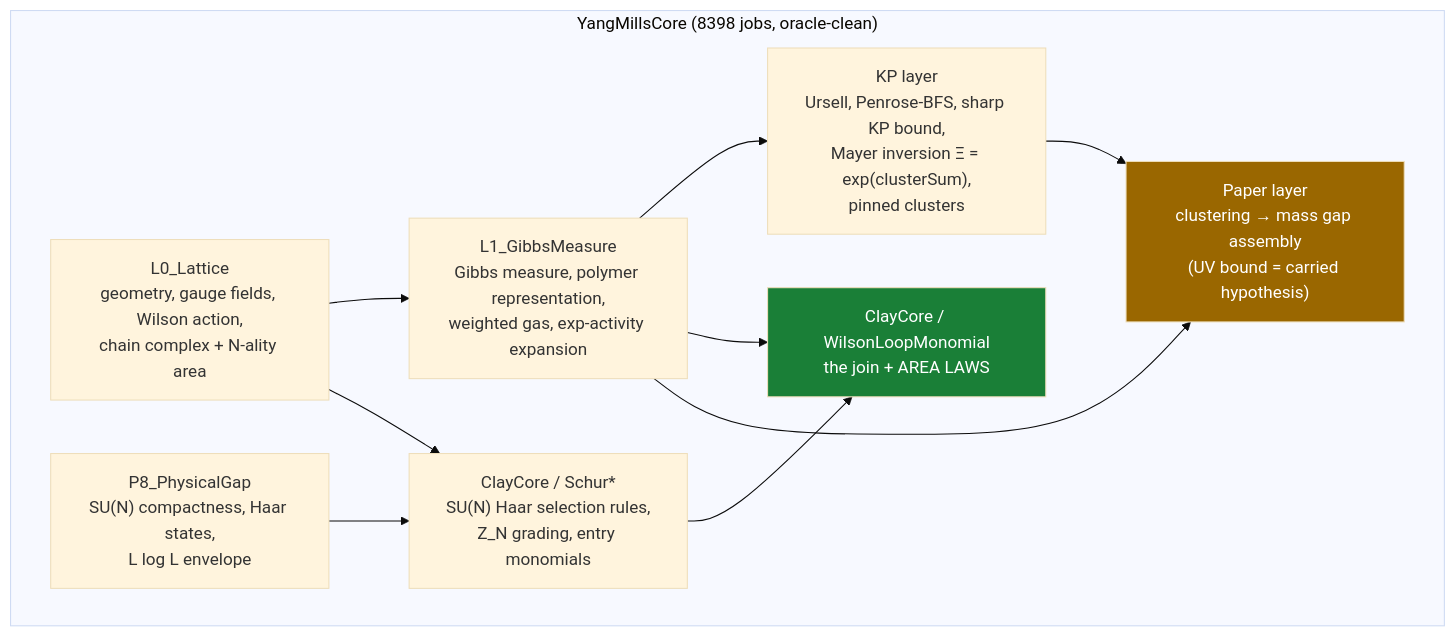
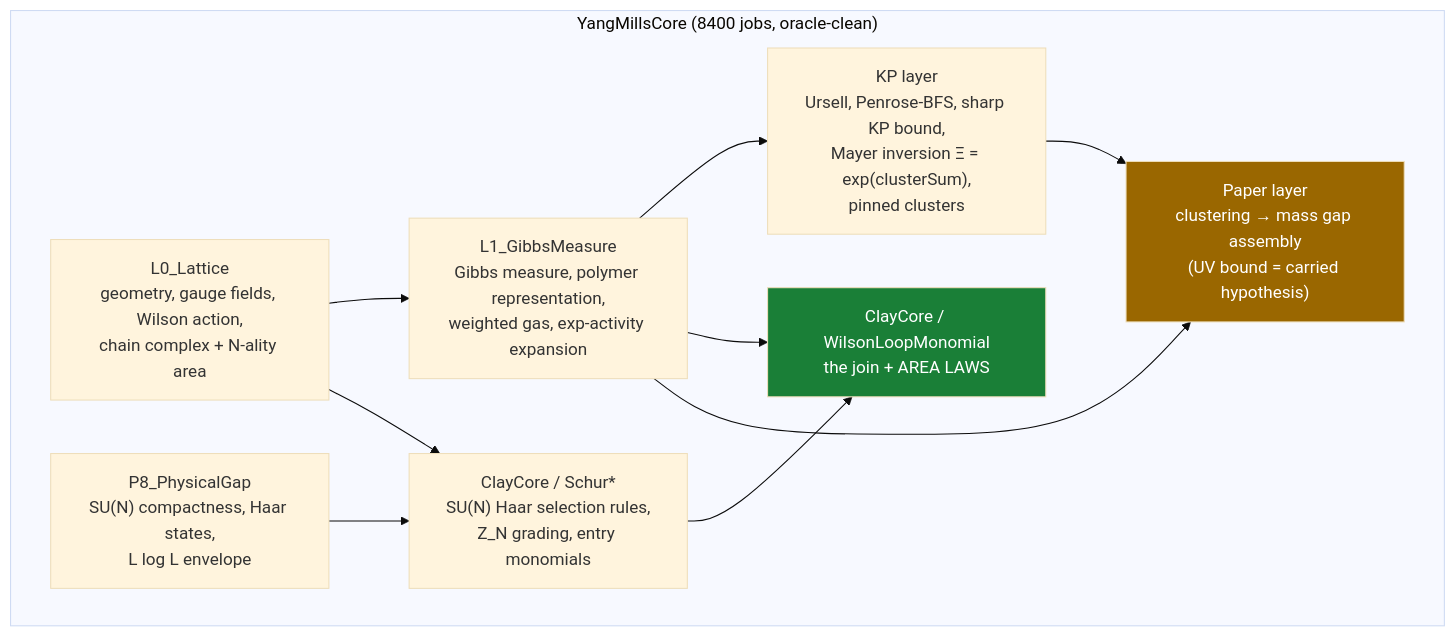
One commit to lluiseriksson/THE-ERIKSSON-PROGRAMME changed the diagram in README.md. Above: the diagram before and after it, drawn with Mermaid (base theme). The commit also changed other lines of this file and 11 other files, not shown here.

````diff
--- a/README.md
+++ b/README.md
@@ -363,20 +363,20 @@
 ```mermaid
 graph TD
-    subgraph core["YangMillsCore  (8398 jobs, oracle-clean)"]
+    subgraph core["YangMillsCore  (8400 jobs, oracle-clean)"]
         L0["L0_Lattice<br/>geometry, gauge fields, Wilson action,<br/>chain complex + N-ality area"]
         L1["L1_GibbsMeasure<br/>Gibbs measure, polymer representation,<br/>weighted gas, exp-activity expansion"]
         KP["KP layer<br/>Ursell, Penrose-BFS, sharp KP bound,<br/>Mayer inversion Ξ = exp(clusterSum),<br/>pinned clusters"]
         SCHUR["ClayCore / Schur*<br/>SU(N) Haar selection rules,<br/>Z_N grading, entry monomials"]
         WLM["ClayCore / WilsonLoopMonomial<br/>the join + AREA LAWS"]
         PAPER["Paper layer<br/>clustering → mass gap assembly<br/>(UV bound = carried hypothesis)"]
         P8["P8_PhysicalGap<br/>SU(N) compactness, Haar states,<br/>L log L envelope"]
     end
     L0 --> L1 --> KP
     L0 --> SCHUR --> WLM
     L1 --> WLM
     L1 --> PAPER
     KP --> PAPER
     P8 --> SCHUR
     style WLM fill:#1a7f37,color:#fff
     style PAPER fill:#9a6700,color:#fff
 ```
````
